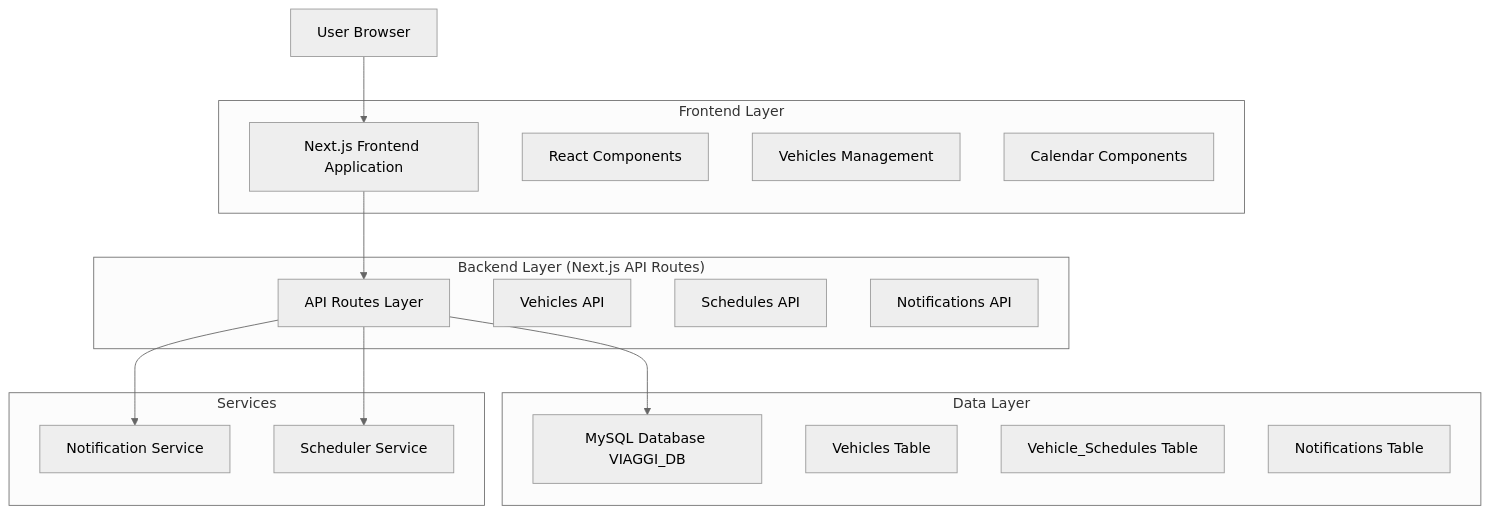
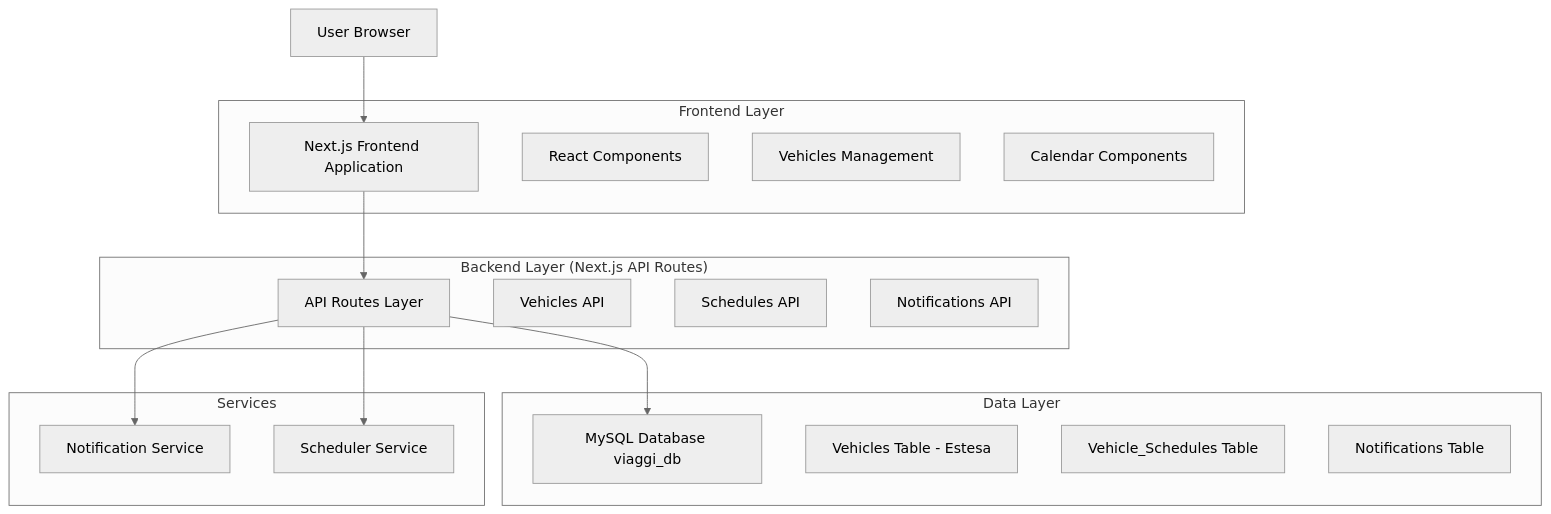
Before and after one commit to Xena75/Gestione-Partesa: the first of 3 diagrams in .trae/documents/estensione_vehicles_scadenze_architettura.md, drawn with Mermaid (neutral theme). The commit also changed other lines of this file and 52 other files, not shown here.

````diff
--- a/.trae/documents/estensione_vehicles_scadenze_architettura.md
+++ b/.trae/documents/estensione_vehicles_scadenze_architettura.md
@@ -5,34 +5,34 @@
 ```mermaid
 graph TD
     A[User Browser] --> B[Next.js Frontend Application]
     B --> C[API Routes Layer]
-    C --> D[MySQL Database VIAGGI_DB]
+    C --> D[MySQL Database viaggi_db]
     C --> E[Notification Service]
     C --> F[Scheduler Service]
     
     subgraph "Frontend Layer"
         B
         G[React Components]
         H[Vehicles Management]
         I[Calendar Components]
     end
     
     subgraph "Backend Layer (Next.js API Routes)"
         C
         J[Vehicles API]
         K[Schedules API]
         L[Notifications API]
     end
     
     subgraph "Data Layer"
         D
-        M[Vehicles Table]
+        M[Vehicles Table - Estesa]
         N[Vehicle_Schedules Table]
         O[Notifications Table]
     end
     
     subgraph "Services"
         E
         F
     end
 ```
````
